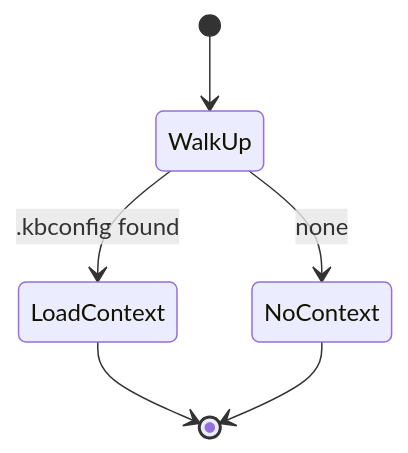
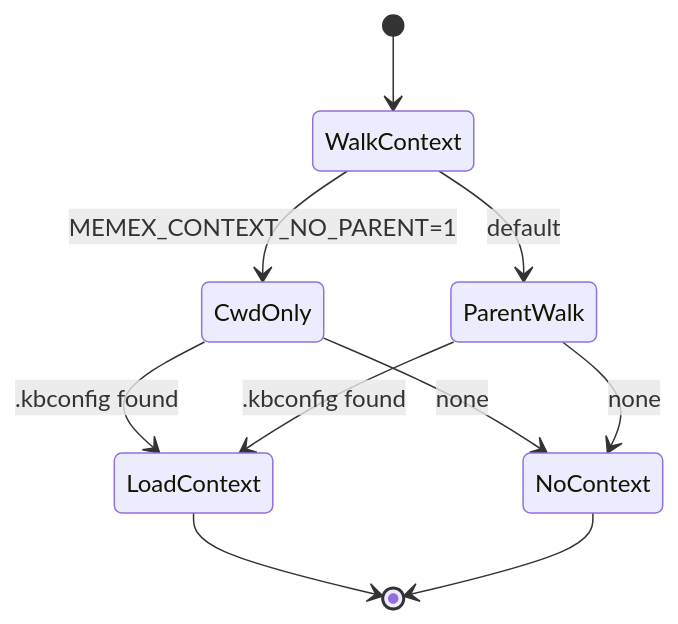
Before and after one commit to chriskd/memex-kb: the fourth of 10 diagrams in kb/design/state-diagrams.md, drawn with Mermaid. The commit also changed other lines of this file and 27 other files, not shown here.

````diff
--- a/kb/design/state-diagrams.md
+++ b/kb/design/state-diagrams.md
@@ -52,8 +79,12 @@
 ```mermaid
 stateDiagram-v2
-    [*] --> WalkUp
-    WalkUp --> LoadContext: .kbconfig found
-    WalkUp --> NoContext: none
+    [*] --> WalkContext
+    WalkContext --> CwdOnly: MEMEX_CONTEXT_NO_PARENT=1
+    WalkContext --> ParentWalk: default
+    CwdOnly --> LoadContext: .kbconfig found
+    CwdOnly --> NoContext: none
+    ParentWalk --> LoadContext: .kbconfig found
+    ParentWalk --> NoContext: none
     LoadContext --> [*]
     NoContext --> [*]
 ```
````
